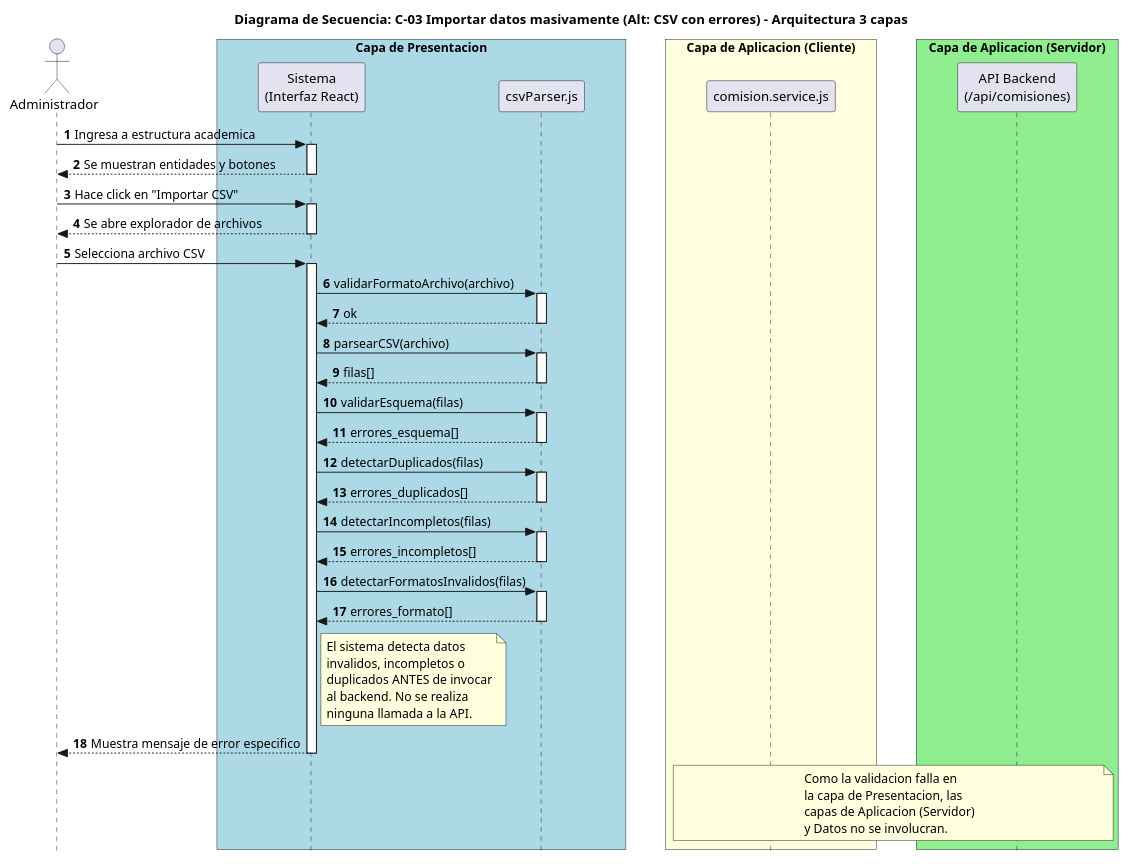
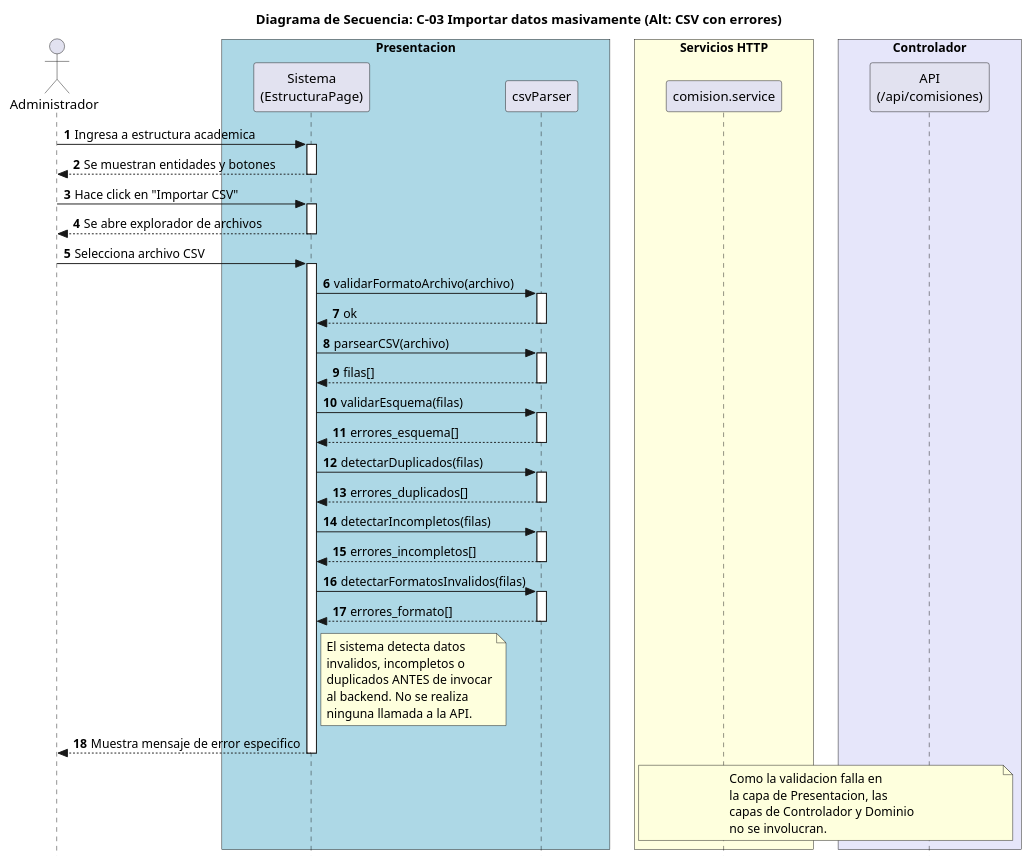
One commit to SantiagoScetti/sic-unne-admin changed the diagram in docs/puml/actualizacion_claude/C-03 Importar datos masivamente (CSV con errores_duplicados).puml. Above: the diagram before and after it, drawn with PlantUML. The commit also changed 11 other files, not shown here.

Commit message:
Refinamiento de codigos de diagramas de secuencia, de diagrama de entidad relacion, actualizaciones en el plan de accion

```diff
--- a/docs/puml/actualizacion_claude/C-03 Importar datos masivamente (CSV con errores_duplicados).puml
+++ b/docs/puml/actualizacion_claude/C-03 Importar datos masivamente (CSV con errores_duplicados).puml
@@ -1,88 +1,87 @@
 @startuml
 
-title Diagrama de Secuencia: C-03 Importar datos masivamente (Alt: CSV con errores) - Arquitectura 3 capas
+title Diagrama de Secuencia: C-03 Importar datos masivamente (Alt: CSV con errores)
 
 skinparam style strictuml
-skinparam ParticipantPadding 40
-skinparam BoxPadding 20
+skinparam ParticipantPadding 30
+skinparam BoxPadding 12
 
 autonumber
 
 actor Administrador
 
-box "Capa de Presentacion" #LightBlue
-  participant "Sistema\n(Interfaz React)" as Interfaz
-  participant "csvParser.js" as Parser
+box "Presentacion" #LightBlue
+  participant "Sistema\n(EstructuraPage)" as Interfaz
+  participant "csvParser"                 as Parser
 end box
 
-box "Capa de Aplicacion (Cliente)" #LightYellow
-  participant "comision.service.js" as Service
+box "Servicios HTTP" #LightYellow
+  participant "comision.service" as Service
 end box
 
-box "Capa de Aplicacion (Servidor)" #LightGreen
-  participant "API Backend\n(/api/comisiones)" as API
+box "Controlador" #Lavender
+  participant "API\n(/api/comisiones)" as API
 end box
 
 Administrador -> Interfaz: Ingresa a estructura academica
 activate Interfaz
 Interfaz --> Administrador: Se muestran entidades y botones
 deactivate Interfaz
 
 Administrador -> Interfaz: Hace click en "Importar CSV"
 activate Interfaz
 Interfaz --> Administrador: Se abre explorador de archivos
 deactivate Interfaz
 
 Administrador -> Interfaz: Selecciona archivo CSV
 activate Interfaz
 
 Interfaz -> Parser: validarFormatoArchivo(archivo)
 activate Parser
 Parser --> Interfaz: ok
 deactivate Parser
 
 Interfaz -> Parser: parsearCSV(archivo)
 activate Parser
 Parser --> Interfaz: filas[]
 deactivate Parser
 
 Interfaz -> Parser: validarEsquema(filas)
 activate Parser
 Parser --> Interfaz: errores_esquema[]
 deactivate Parser
 
 Interfaz -> Parser: detectarDuplicados(filas)
 activate Parser
 Parser --> Interfaz: errores_duplicados[]
 deactivate Parser
 
 Interfaz -> Parser: detectarIncompletos(filas)
 activate Parser
 Parser --> Interfaz: errores_incompletos[]
 deactivate Parser
 
 Interfaz -> Parser: detectarFormatosInvalidos(filas)
 activate Parser
 Parser --> Interfaz: errores_formato[]
 deactivate Parser
 
 note right of Interfaz
   El sistema detecta datos
   invalidos, incompletos o
   duplicados ANTES de invocar
   al backend. No se realiza
   ninguna llamada a la API.
 end note
 
 Interfaz --> Administrador: Muestra mensaje de error especifico
+deactivate Interfaz
 
 note over Service, API
   Como la validacion falla en
   la capa de Presentacion, las
-  capas de Aplicacion (Servidor)
-  y Datos no se involucran.
+  capas de Controlador y Dominio
+  no se involucran.
 end note
 
-deactivate Interfaz
-
 @enduml
```
